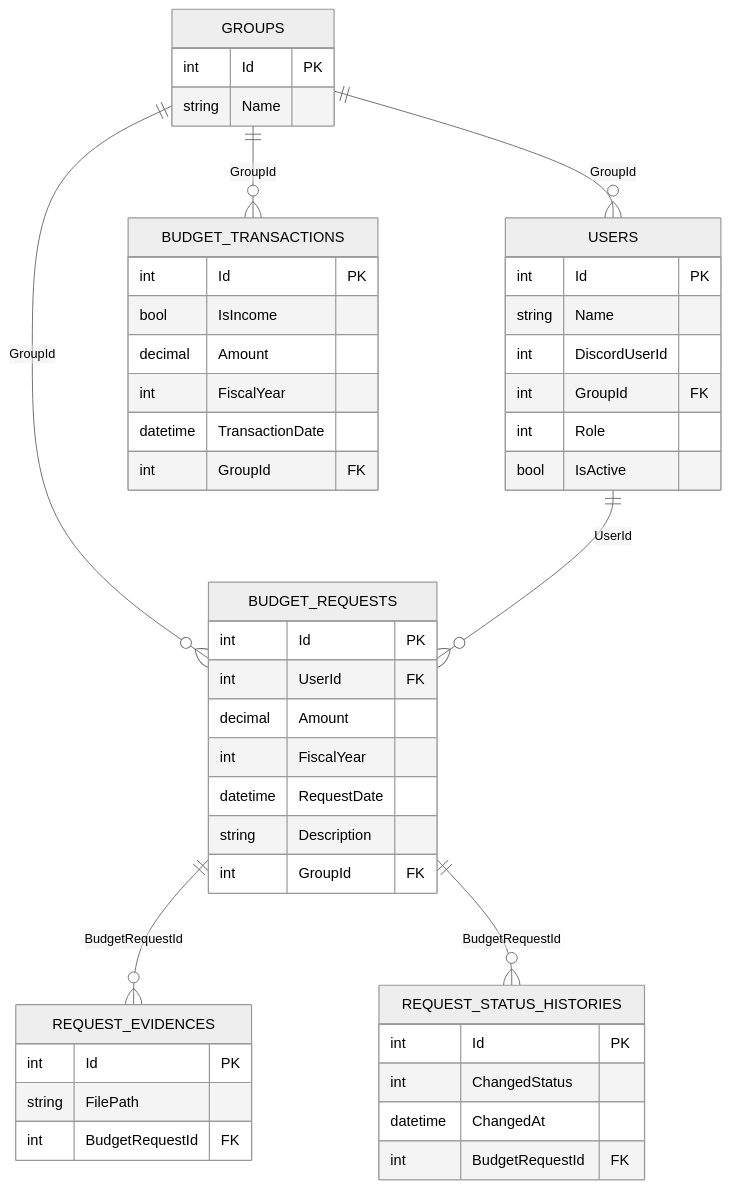
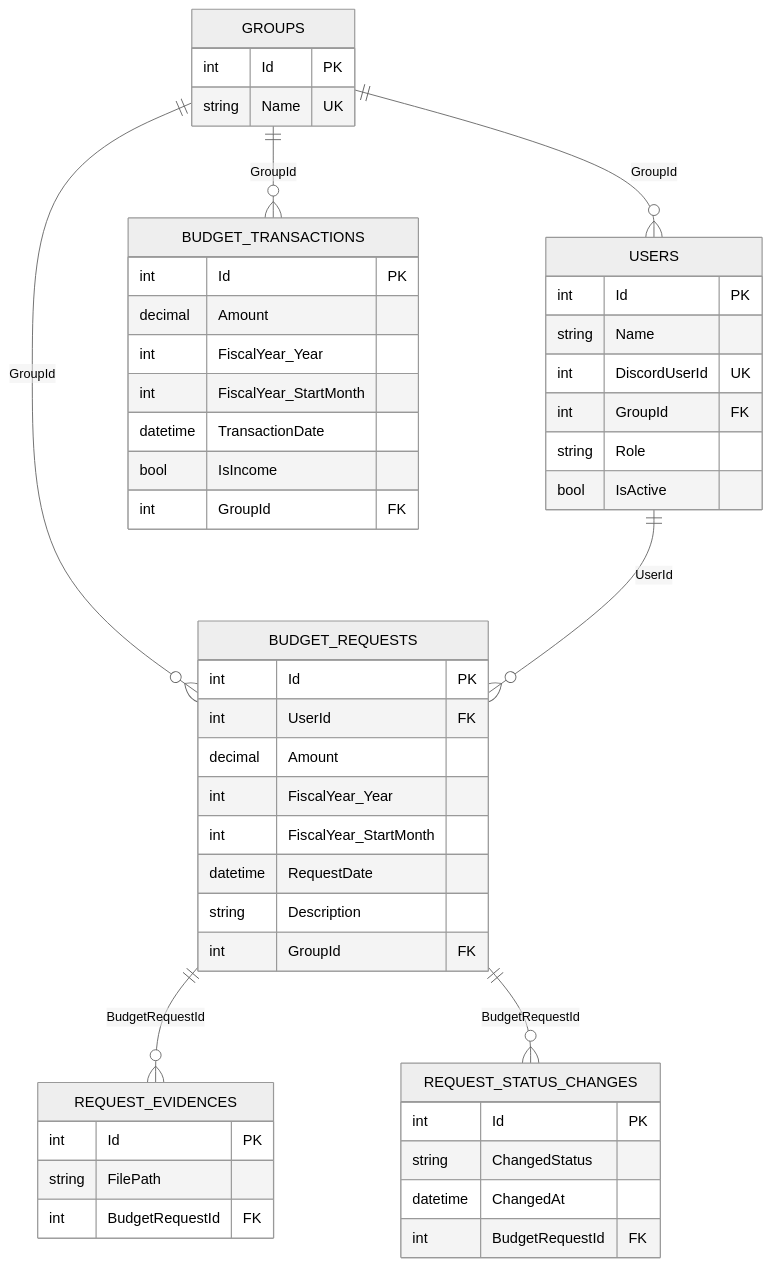
The first of 2 diagrams in README.md (CASru-IT/BudgetManagementBotSystem), drawn with Mermaid (neutral theme) before and after one commit. The commit also changed other lines of this file, not shown here.

````diff
--- a/README.md
+++ b/README.md
@@ -170,55 +170,57 @@
 ```mermaid
 erDiagram
     GROUPS ||--o{ USERS : GroupId
     GROUPS ||--o{ BUDGET_TRANSACTIONS : GroupId
     GROUPS ||--o{ BUDGET_REQUESTS : GroupId
     USERS ||--o{ BUDGET_REQUESTS : UserId
     BUDGET_REQUESTS ||--o{ REQUEST_EVIDENCES : BudgetRequestId
-    BUDGET_REQUESTS ||--o{ REQUEST_STATUS_HISTORIES : BudgetRequestId
+    BUDGET_REQUESTS ||--o{ REQUEST_STATUS_CHANGES : BudgetRequestId
 
     GROUPS {
         int Id PK
-        string Name
+        string Name UK
     }
 
     USERS {
         int Id PK
         string Name
-        int DiscordUserId
+        int DiscordUserId UK
         int GroupId FK
-        int Role
+        string Role
         bool IsActive
     }
 
     BUDGET_TRANSACTIONS {
         int Id PK
+        decimal Amount
+        int FiscalYear_Year
+        int FiscalYear_StartMonth
+        datetime TransactionDate
         bool IsIncome
-        decimal Amount
-        int FiscalYear
-        datetime TransactionDate
         int GroupId FK
     }
 
     BUDGET_REQUESTS {
         int Id PK
         int UserId FK
         decimal Amount
-        int FiscalYear
+        int FiscalYear_Year
+        int FiscalYear_StartMonth
         datetime RequestDate
         string Description
         int GroupId FK
     }
 
     REQUEST_EVIDENCES {
         int Id PK
         string FilePath
         int BudgetRequestId FK
     }
 
-    REQUEST_STATUS_HISTORIES {
+    REQUEST_STATUS_CHANGES {
         int Id PK
-        int ChangedStatus
+        string ChangedStatus
         datetime ChangedAt
         int BudgetRequestId FK
     }
 ```
````
